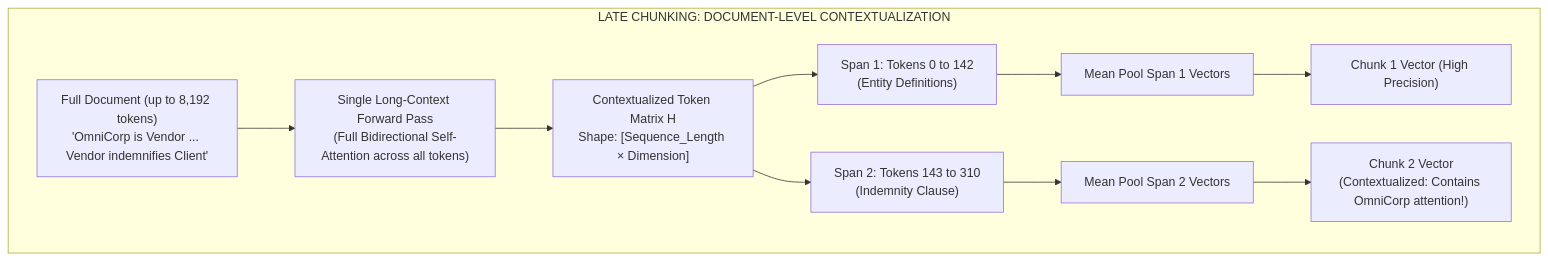
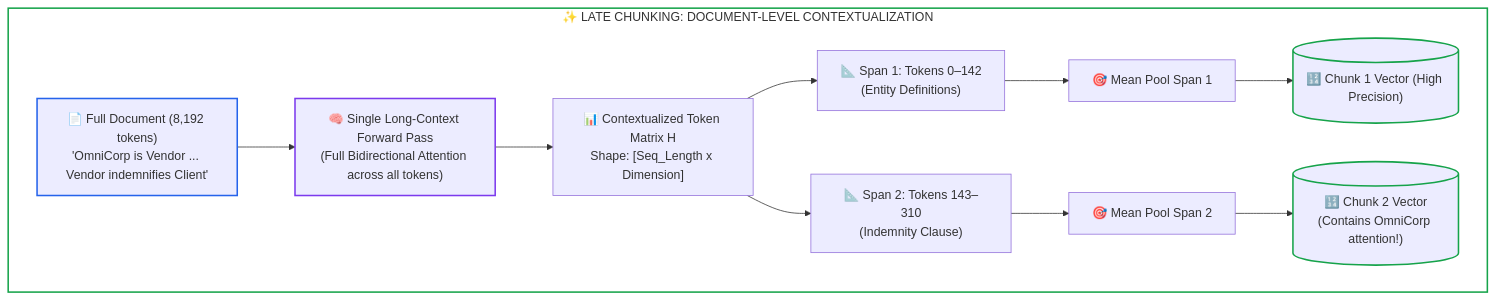
The second of 2 diagrams in 02-rag-and-knowledge-systems/02-late-chunking-deep-dive.md (dip4k/senior-engineer-to-ai-engineer-roadmap), drawn with Mermaid before and after one commit. The commit also changed other lines of this file and 39 other files, not shown here.

First line of the commit message:
feat(curriculum): upgrade mermaid diagrams with unicode icons & codify anti-bloat layout rules

````diff
--- a/02-rag-and-knowledge-systems/02-late-chunking-deep-dive.md
+++ b/02-rag-and-knowledge-systems/02-late-chunking-deep-dive.md
@@ -90,17 +96,23 @@
 ```mermaid
 flowchart TD
-    subgraph Late_Chunking["LATE CHUNKING: DOCUMENT-LEVEL CONTEXTUALIZATION"]
-        Doc["Full Document (up to 8,192 tokens)<br>'OmniCorp is Vendor ... Vendor indemnifies Client'"]
-        Doc --> FullEncoder["Single Long-Context Forward Pass<br>(Full Bidirectional Self-Attention across all tokens)"]
-        FullEncoder --> TokenMatrix["Contextualized Token Matrix H<br>Shape: [Sequence_Length × Dimension]"]
+    subgraph Late_Chunking["✨ LATE CHUNKING: DOCUMENT-LEVEL CONTEXTUALIZATION"]
+        Doc["📄 Full Document (8,192 tokens)<br>'OmniCorp is Vendor ... Vendor indemnifies Client'"]
+        Doc --> FullEncoder["🧠 Single Long-Context Forward Pass<br>(Full Bidirectional Attention across all tokens)"]
+        FullEncoder --> TokenMatrix["📊 Contextualized Token Matrix H<br>Shape: [Seq_Length x Dimension]"]
         
-        TokenMatrix --> Span1["Span 1: Tokens 0 to 142<br>(Entity Definitions)"]
-        TokenMatrix --> Span2["Span 2: Tokens 143 to 310<br>(Indemnity Clause)"]
+        TokenMatrix --> Span1["📐 Span 1: Tokens 0–142<br>(Entity Definitions)"]
+        TokenMatrix --> Span2["📐 Span 2: Tokens 143–310<br>(Indemnity Clause)"]
         
-        Span1 --> Pool1["Mean Pool Span 1 Vectors"]
-        Span2 --> Pool2["Mean Pool Span 2 Vectors"]
+        Span1 --> Pool1["🎯 Mean Pool Span 1"]
+        Span2 --> Pool2["🎯 Mean Pool Span 2"]
         
-        Pool1 --> Vec1["Chunk 1 Vector (High Precision)"]
-        Pool2 --> Vec2["Chunk 2 Vector<br>(Contextualized: Contains OmniCorp attention!)"]
+        Pool1 --> Vec1[("🔢 Chunk 1 Vector (High Precision)")]
+        Pool2 --> Vec2[("🔢 Chunk 2 Vector<br>(Contains OmniCorp attention!)")]
     end
+
+    style Late_Chunking fill:none,stroke:#16a34a,stroke-width:2px
+    style Doc stroke:#2563eb,stroke-width:2px
+    style FullEncoder stroke:#7c3aed,stroke-width:2px
+    style Vec1 stroke:#16a34a,stroke-width:2px
+    style Vec2 stroke:#16a34a,stroke-width:2px
 ```
````
